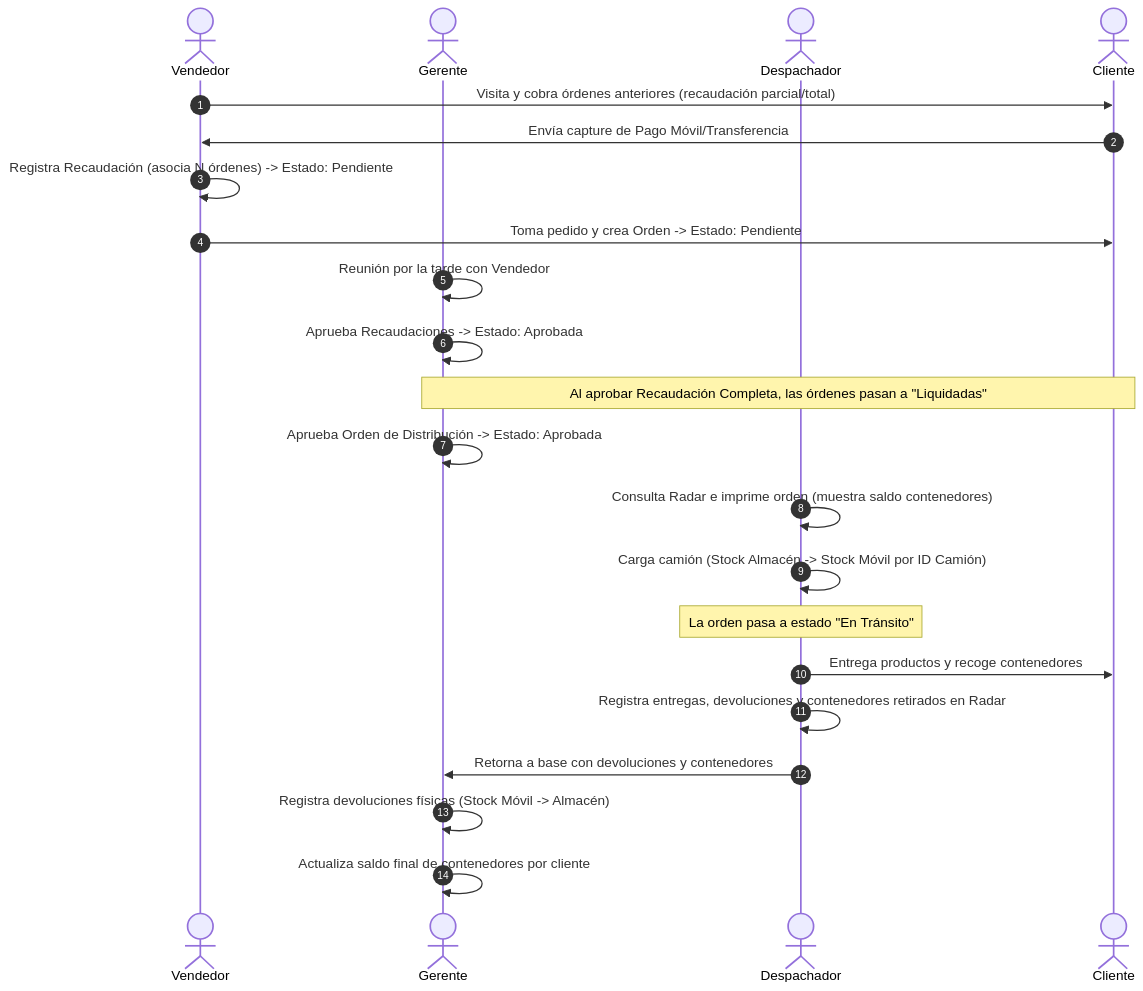
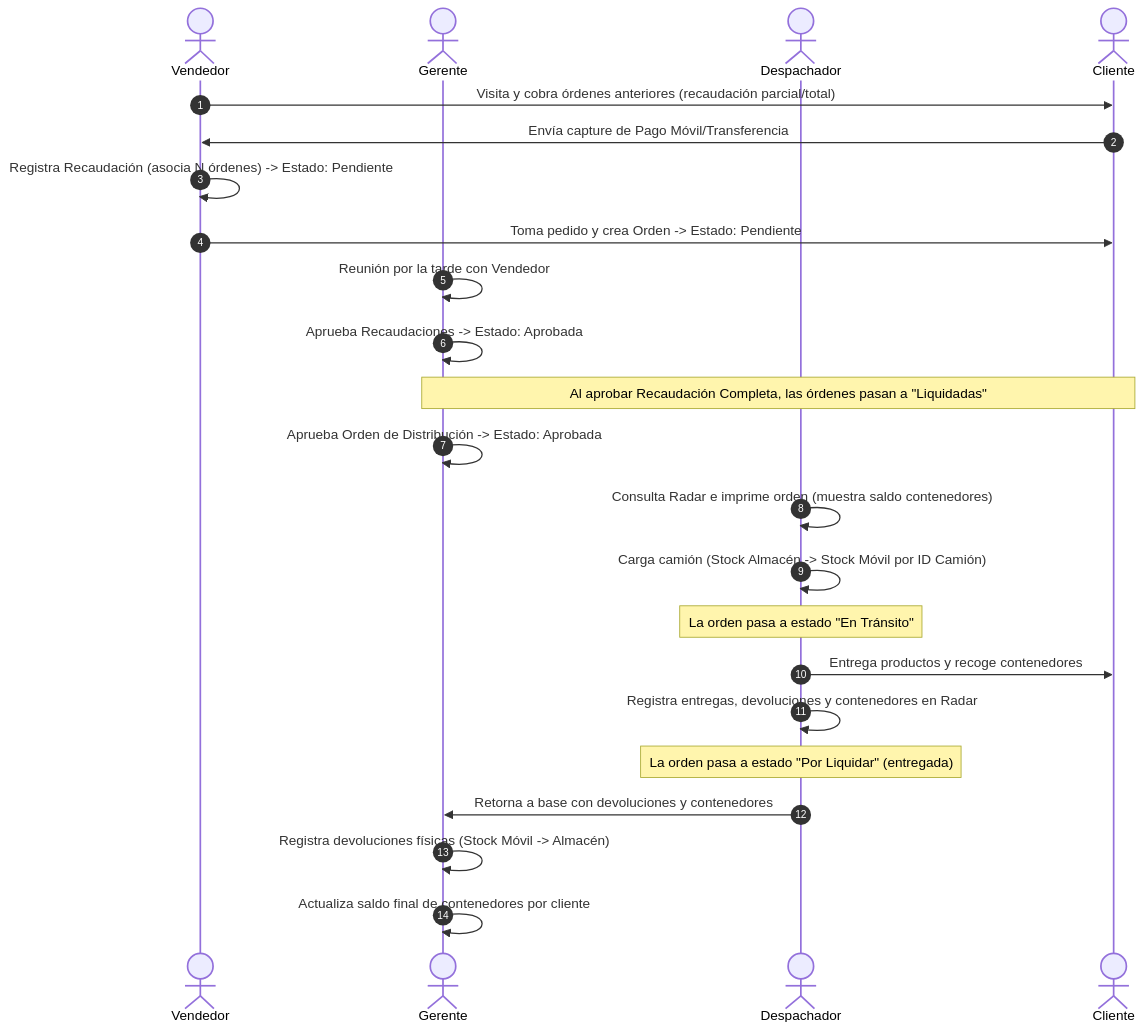
One commit to infgonzalez27/logitrack changed the diagram in docs/Ciclo_despacho_mercancia_logotrack.md. Above: the diagram before and after it, drawn with Mermaid. The commit also changed other lines of this file and 3 other files, not shown here.

Commit message:
docs: add por_liquidar state between en_transito and liquidada

````diff
--- a/docs/Ciclo_despacho_mercancia_logotrack.md
+++ b/docs/Ciclo_despacho_mercancia_logotrack.md
@@ -26,29 +26,30 @@
 ```mermaid
 sequenceDiagram
     autonumber
     actor Vendedor
     actor Gerente
     actor Despachador
     actor Cliente
 
     Vendedor->>Cliente: Visita y cobra órdenes anteriores (recaudación parcial/total)
     Cliente->>Vendedor: Envía capture de Pago Móvil/Transferencia
     Vendedor->>Vendedor: Registra Recaudación (asocia N órdenes) -> Estado: Pendiente
     Vendedor->>Cliente: Toma pedido y crea Orden -> Estado: Pendiente
     
     Gerente->>Gerente: Reunión por la tarde con Vendedor
     Gerente->>Gerente: Aprueba Recaudaciones -> Estado: Aprobada
     Note over Gerente, Cliente: Al aprobar Recaudación Completa, las órdenes pasan a "Liquidadas"
     Gerente->>Gerente: Aprueba Orden de Distribución -> Estado: Aprobada
     
     Despachador->>Despachador: Consulta Radar e imprime orden (muestra saldo contenedores)
     Despachador->>Despachador: Carga camión (Stock Almacén -> Stock Móvil por ID Camión)
     Note over Despachador: La orden pasa a estado "En Tránsito"
     
     Despachador->>Cliente: Entrega productos y recoge contenedores
-    Despachador->>Despachador: Registra entregas, devoluciones y contenedores retirados en Radar
+    Despachador->>Despachador: Registra entregas, devoluciones y contenedores en Radar
+    Note over Despachador: La orden pasa a estado "Por Liquidar" (entregada)
     
     Despachador->>Gerente: Retorna a base con devoluciones y contenedores
     Gerente->>Gerente: Registra devoluciones físicas (Stock Móvil -> Almacén)
     Gerente->>Gerente: Actualiza saldo final de contenedores por cliente
 ```
````
